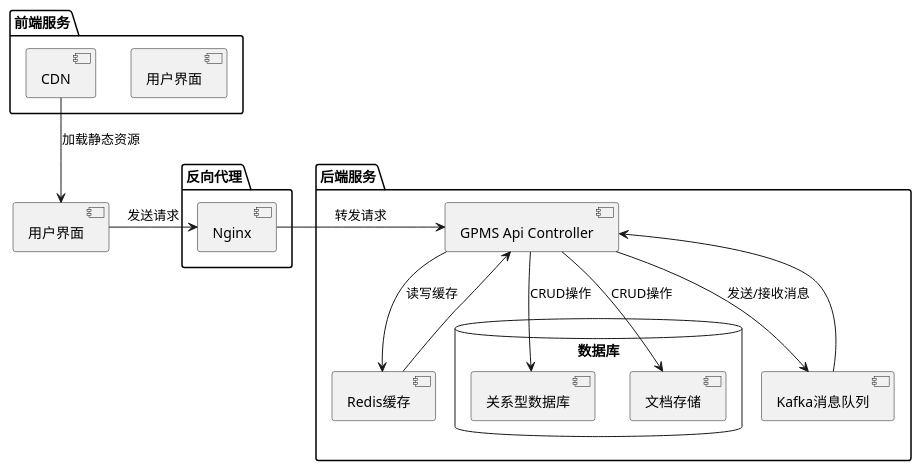
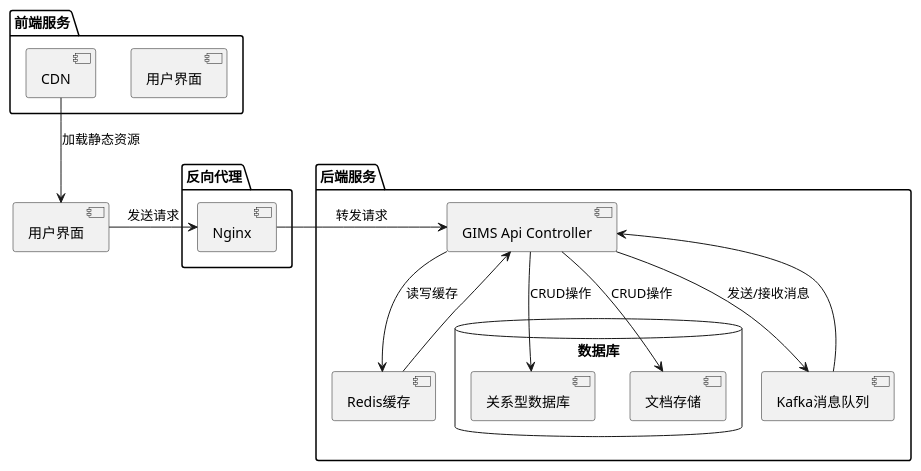
The diagram in GPMS_BE/uml_new/4-2系统架构.puml (cnsam2012/GIMS), drawn with PlantUML before and after one commit.

Commit message:
修改uml图为GIMS

```diff
--- a/GPMS_BE/uml_new/4-2系统架构.puml
+++ b/GPMS_BE/uml_new/4-2系统架构.puml
@@ -1,31 +1,31 @@
 @startuml
 package "前端服务" {
   [用户界面] as UI
   [CDN]
 }
 
 package "反向代理" {
   [Nginx]
 }
 
 package "后端服务" {
-  [GPMS Api Controller] as Backend
+  [GIMS Api Controller] as Backend
   database "数据库" {
     [关系型数据库] as SQLDB
     [文档存储] as NoSQLDB
   }
   [Redis缓存] as Redis
   [Kafka消息队列] as Kafka
 }
 
 [用户界面] -> [Nginx] : 发送请求
 [Nginx] -> Backend : 转发请求
 Backend --> [Redis] : 读写缓存
 [Redis] --> Backend
 Backend --> [Kafka] : 发送/接收消息
 [Kafka] --> Backend
 Backend --> SQLDB : CRUD操作
 Backend --> NoSQLDB : CRUD操作
 [CDN] --> [用户界面] : 加载静态资源
 
 @enduml
```
